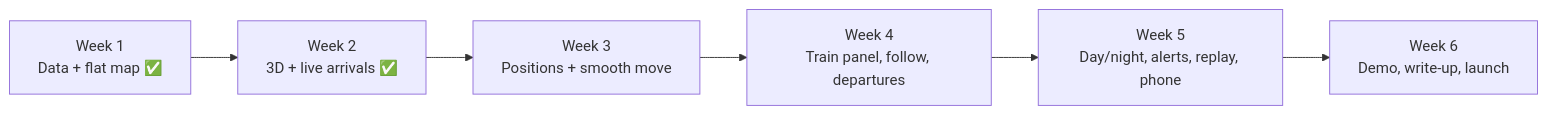
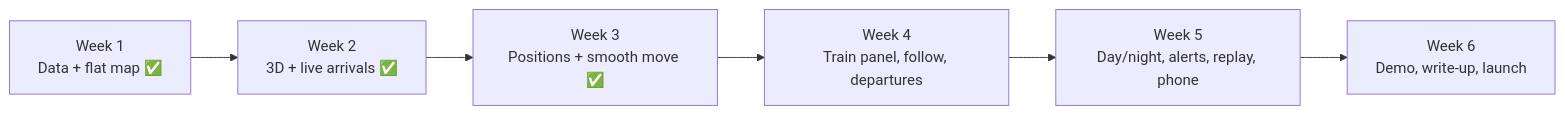
One commit to GOURAVPY/3d-UK- changed the fourth of 4 diagrams in docs/FLOWCHART.md. Above: the diagram before and after it, drawn with Mermaid. The commit also changed 1 other file, not shown here.

Commit message:
Docs: week 3 logic and plan

````diff
--- a/docs/FLOWCHART.md
+++ b/docs/FLOWCHART.md
@@ -47,8 +47,8 @@
 ```mermaid
 flowchart LR
     W1[Week 1<br/>Data + flat map ✅] --> W2[Week 2<br/>3D + live arrivals ✅]
-    W2 --> W3[Week 3<br/>Positions + smooth move]
+    W2 --> W3[Week 3<br/>Positions + smooth move ✅]
     W3 --> W4[Week 4<br/>Train panel, follow, departures]
     W4 --> W5[Week 5<br/>Day/night, alerts, replay, phone]
     W5 --> W6[Week 6<br/>Demo, write-up, launch]
 ```
````
